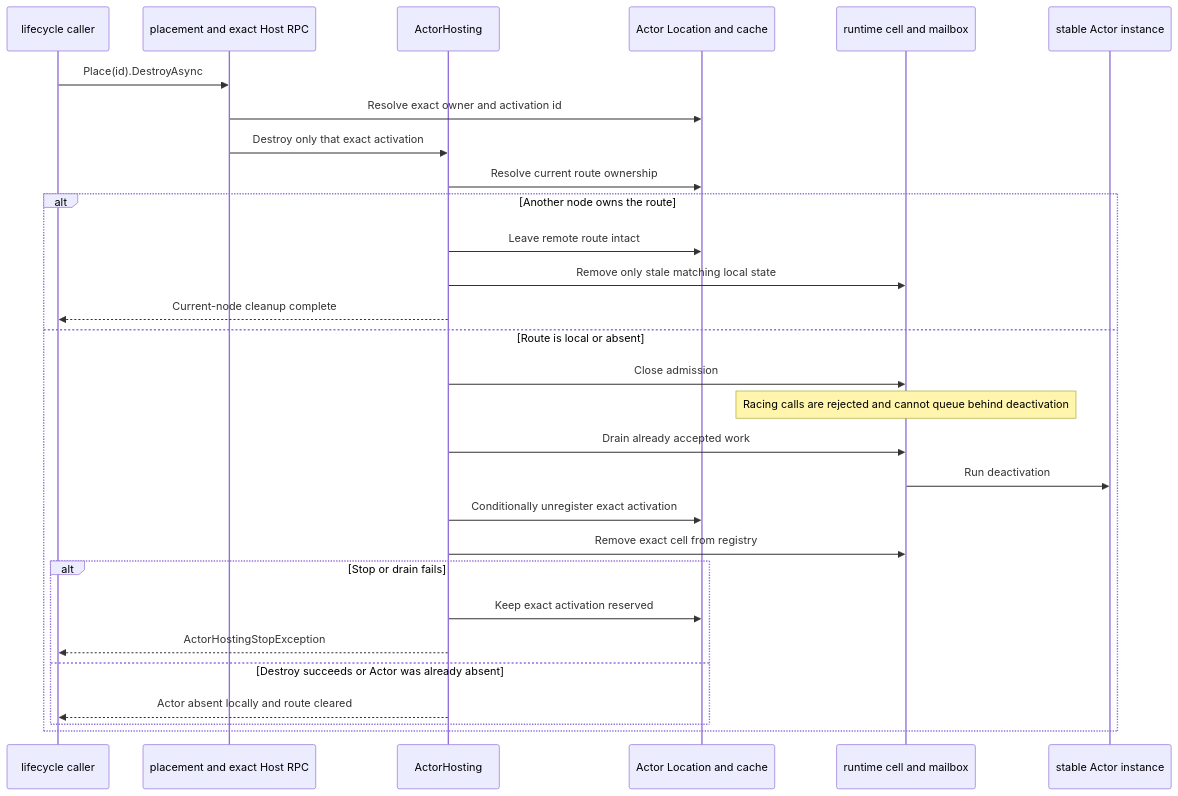
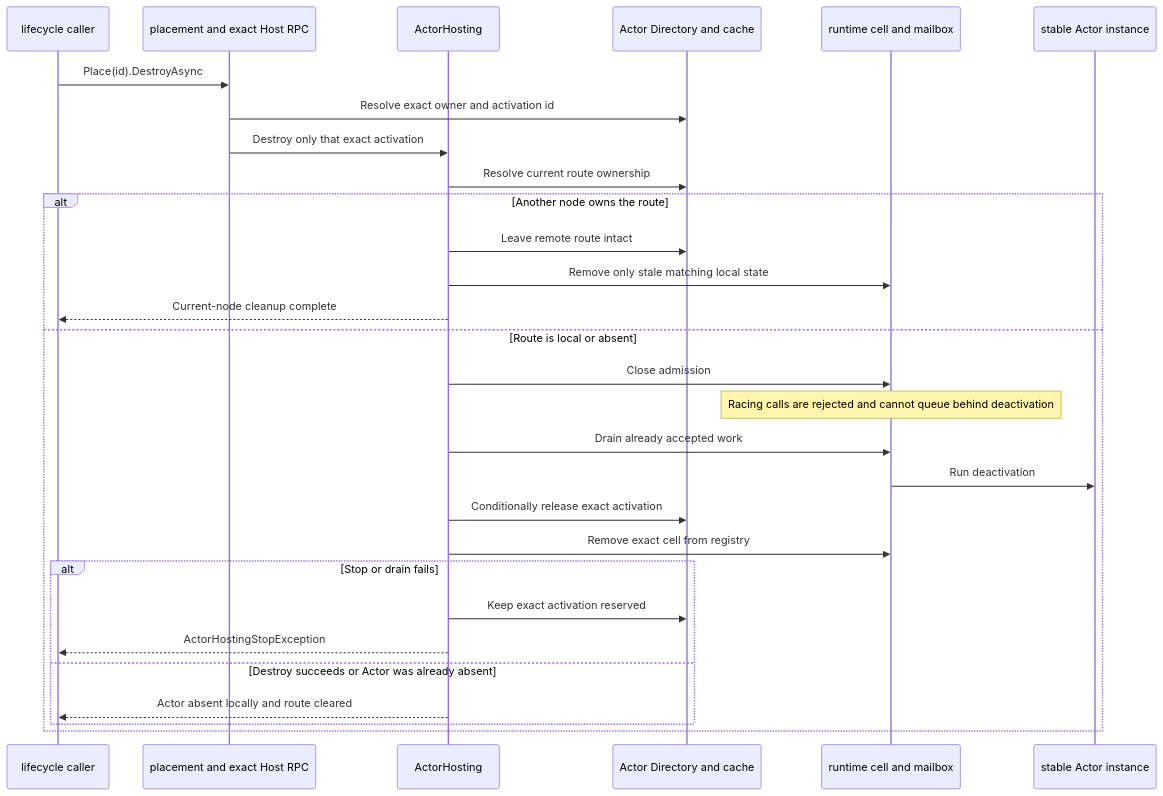
Before and after one commit to bruce48x/Lakona: the sixth of 7 diagrams in docs/actor.md, drawn with Mermaid. The commit also changed other lines of this file and 58 other files, not shown here.

Commit message:
Replace Actor Location with strong Actor Directory

````diff
--- a/docs/actor.md
+++ b/docs/actor.md
@@ -565,32 +567,32 @@
 ```mermaid
 sequenceDiagram
     participant C as lifecycle caller
     participant P as placement and exact Host RPC
     participant H as ActorHosting
-    participant D as Actor Location and cache
+    participant D as Actor Directory and cache
     participant M as runtime cell and mailbox
     participant A as stable Actor instance
 
     C->>P: Place(id).DestroyAsync
     P->>D: Resolve exact owner and activation id
     P->>H: Destroy only that exact activation
     H->>D: Resolve current route ownership
     alt Another node owns the route
         H->>D: Leave remote route intact
         H->>M: Remove only stale matching local state
         H-->>C: Current-node cleanup complete
     else Route is local or absent
         H->>M: Close admission
         Note over M: Racing calls are rejected and cannot queue behind deactivation
         H->>M: Drain already accepted work
         M->>A: Run deactivation
-        H->>D: Conditionally unregister exact activation
+        H->>D: Conditionally release exact activation
         H->>M: Remove exact cell from registry
         alt Stop or drain fails
             H->>D: Keep exact activation reserved
             H-->>C: ActorHostingStopException
         else Destroy succeeds or Actor was already absent
             H-->>C: Actor absent locally and route cleared
         end
     end
 ```
````
